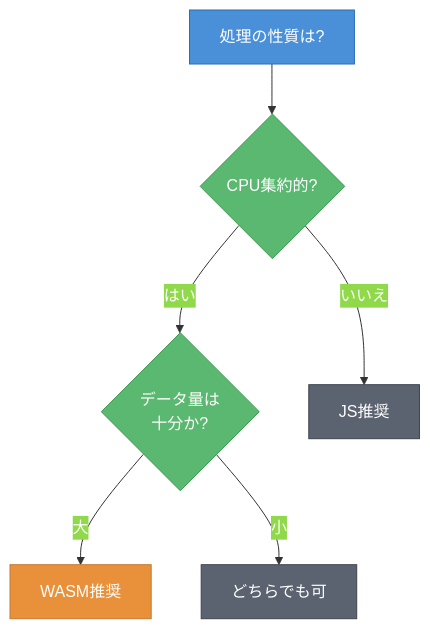
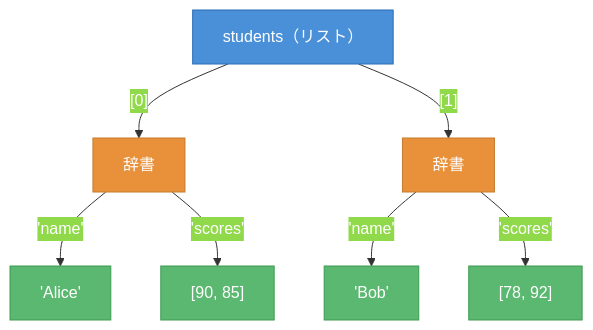
One commit to sogawa-yk/claude-code-book-write-template-test changed the second of 2 diagrams in manuscript/ch04/ch04.md. Above: the diagram before and after it, drawn with Mermaid. The commit also changed other lines of this file and 6 other files, not shown here.

````diff
--- a/manuscript/ch04/ch04.md
+++ b/manuscript/ch04/ch04.md
@@ -214,14 +136,16 @@
 ```mermaid
 %%{init: {'theme': 'base', 'themeVariables': {'primaryColor': '#4A90D9', 'primaryTextColor': '#FFFFFF', 'primaryBorderColor': '#2A6CB6', 'lineColor': '#333333', 'textColor': '#1A1A1A', 'background': 'transparent'}}}%%
-graph TB
-    A["処理の性質は?"]:::main --> B{"CPU集約的?"}:::tool
-    B -->|"はい"| C{"データ量は<br/>十分か?"}:::tool
-    B -->|"いいえ"| D["JS推奨"]:::user
-    C -->|"大"| E["WASM推奨"]:::sub
-    C -->|"小"| F["どちらでも可"]:::user
+graph TD
+    A["students（リスト）"]:::main
+    A -->|"[0]"| B["辞書"]:::sub
+    A -->|"[1]"| C["辞書"]:::sub
+    B -->|"'name'"| D["'Alice'"]:::tool
+    B -->|"'scores'"| E["[90, 85]"]:::tool
+    C -->|"'name'"| F["'Bob'"]:::tool
+    C -->|"'scores'"| G["[78, 92]"]:::tool
 
     classDef main fill:#4A90D9,stroke:#2A6CB6,color:#FFFFFF
     classDef sub fill:#E8913A,stroke:#C47A2F,color:#FFFFFF
     classDef tool fill:#5BB870,stroke:#3D9A50,color:#FFFFFF
     classDef user fill:#5C6370,stroke:#3D4450,color:#FFFFFF
 ```
````
